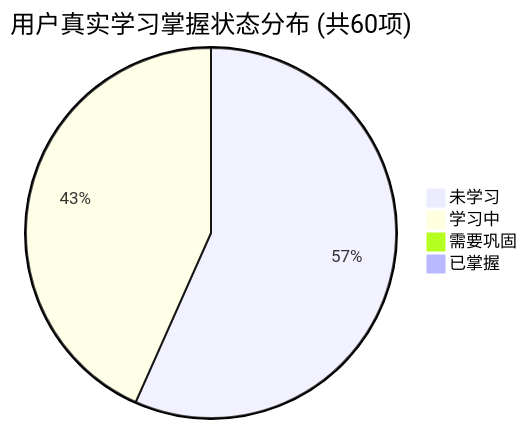
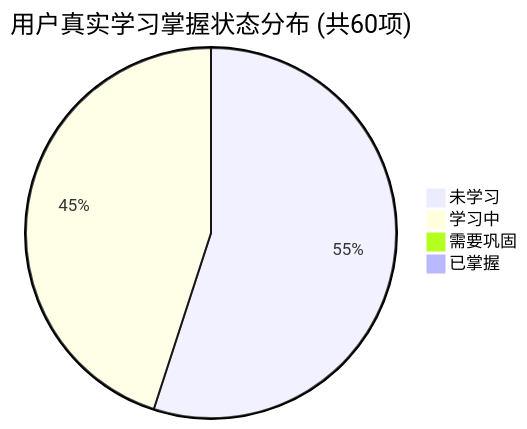
Before and after one commit to tieke1121/tech-interview-knowledge-base: the first of 2 diagrams in PROGRESS.md, drawn with Mermaid. The commit also changed other lines of this file and 1 other file, not shown here.

````diff
--- a/PROGRESS.md
+++ b/PROGRESS.md
@@ -27,7 +27,7 @@
 ```mermaid
 pie title 用户真实学习掌握状态分布 (共60项)
-    "未学习" : 34
-    "学习中" : 26
+    "未学习" : 33
+    "学习中" : 27
     "需要巩固" : 0
     "已掌握" : 0
 ```
````
